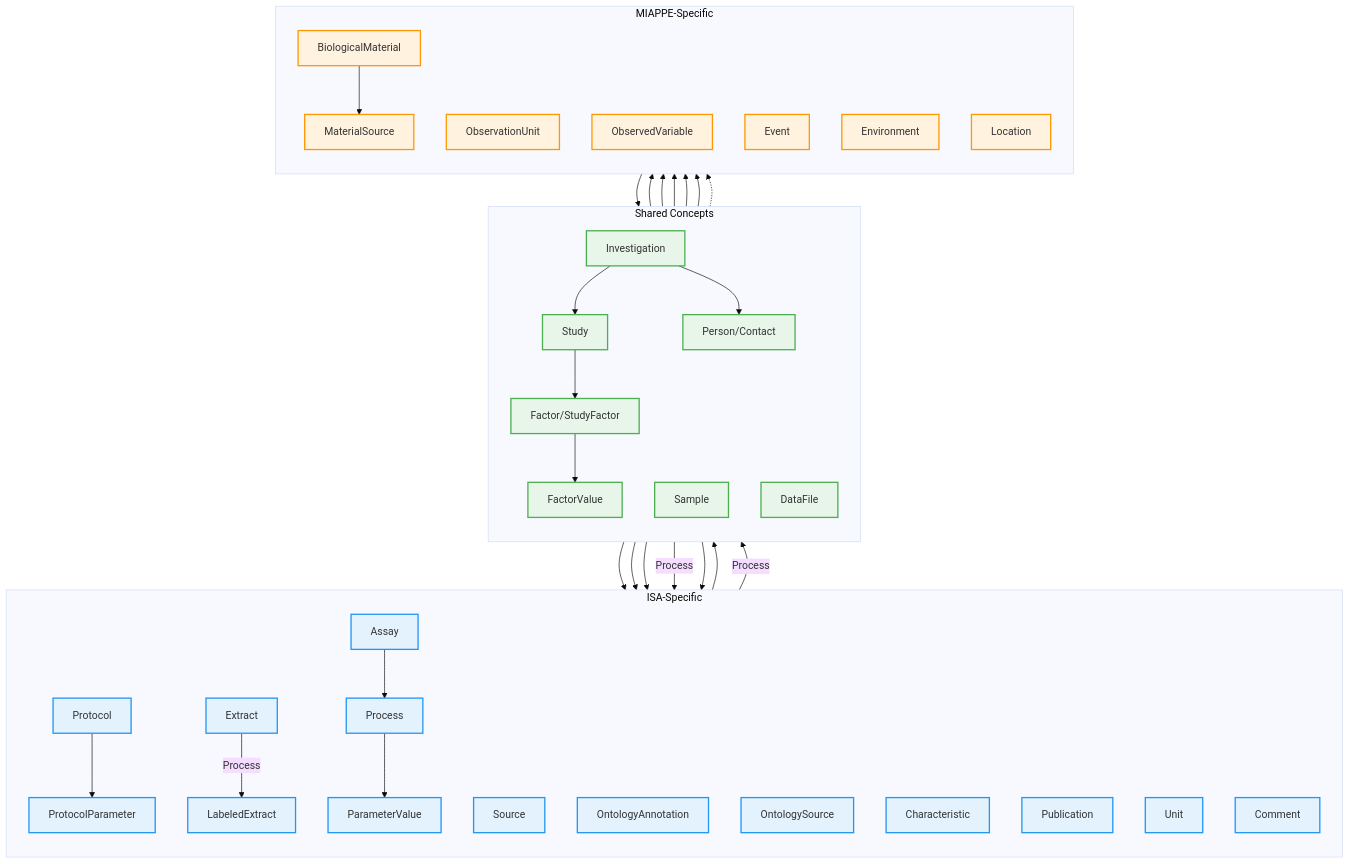
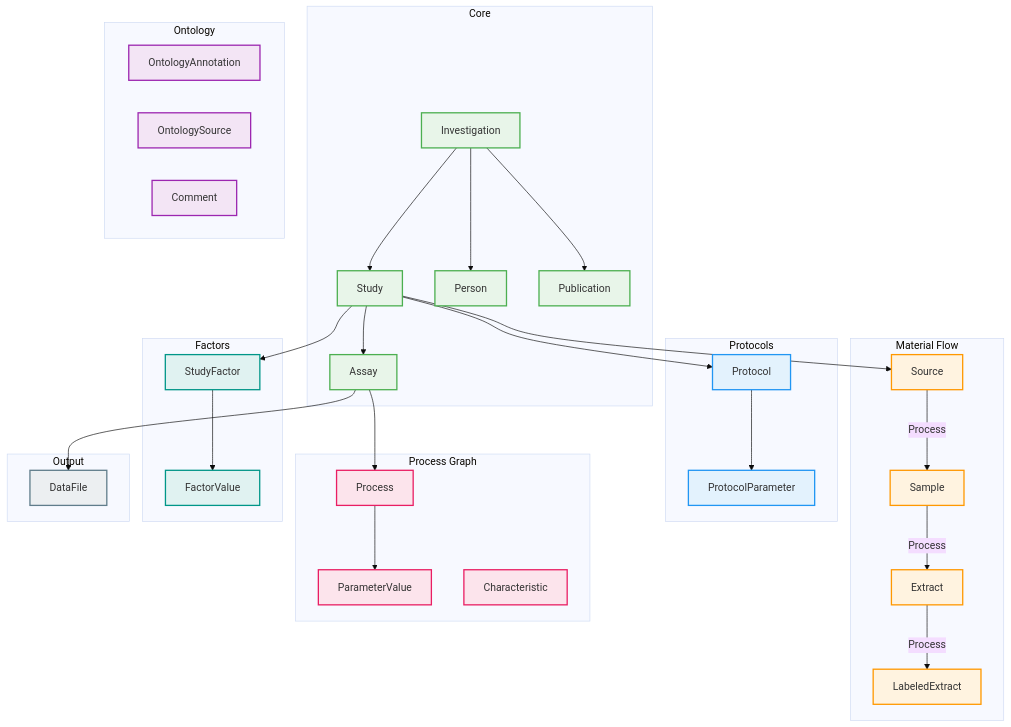
One commit to sorenwacker/metaseed changed the third of 6 diagrams in docs/architecture/diagrams.md. Above: the diagram before and after it, drawn with Mermaid (base theme). The commit also changed other lines of this file, not shown here.

Commit message:
Add complete diagrams for all profiles (MIAPPE, ISA, Combined v1/v2)

````diff
--- a/docs/architecture/diagrams.md
+++ b/docs/architecture/diagrams.md
@@ -32,80 +100,75 @@
 ```mermaid
 flowchart TB
-    subgraph shared["Shared Concepts"]
-        direction TB
+    subgraph core["Core"]
         INV[Investigation]
         STU[Study]
-        PER[Person/Contact]
+        ASS[Assay]
+        PER[Person]
+        PUB[Publication]
+    end
+
+    subgraph protocol["Protocols"]
+        PROT[Protocol]
+        PP[ProtocolParameter]
+    end
+
+    subgraph material["Material Flow"]
+        SRC[Source]
         SAM[Sample]
-        FAC[Factor/StudyFactor]
+        EXT[Extract]
+        LEXT[LabeledExtract]
+    end
+
+    subgraph process["Process Graph"]
+        PROC[Process]
+        PV[ParameterValue]
+        CHAR[Characteristic]
+    end
+
+    subgraph factors["Factors"]
+        SF[StudyFactor]
         FV[FactorValue]
+    end
+
+    subgraph ontology["Ontology"]
+        OA[OntologyAnnotation]
+        OS[OntologySource]
+        COM[Comment]
+    end
+
+    subgraph output["Output"]
         DF[DataFile]
     end
 
-    subgraph isa["ISA-Specific"]
-        direction TB
-        ASS[Assay]
-        PROT[Protocol]
-        PP[ProtocolParameter]
-        SRC[Source]
-        EXT[Extract]
-        LEXT[LabeledExtract]
-        PROC[Process]
-        OA[OntologyAnnotation]
-        OS[OntologySource]
-        CHAR[Characteristic]
-        PV[ParameterValue]
-        PUB_ISA[Publication]
-        UNIT[Unit]
-        COM[Comment]
-    end
-
-    subgraph miappe["MIAPPE-Specific"]
-        direction TB
-        BM[BiologicalMaterial]
-        OU[ObservationUnit]
-        OV[ObservedVariable]
-        EVT[Event]
-        ENV[Environment]
-        LOC[Location]
-        MS[MaterialSource]
-    end
-
-    %% Core hierarchy (both standards)
     INV --> STU
     INV --> PER
-    STU --> FAC
-    FAC --> FV
-
-    %% ISA relationships
+    INV --> PUB
     STU --> ASS
-    ASS --> DF
-    ASS --> PROC
     STU --> PROT
+    STU --> SRC
+    STU --> SF
     PROT --> PP
-    STU --> SRC
     SRC -->|Process| SAM
     SAM -->|Process| EXT
     EXT -->|Process| LEXT
+    ASS --> PROC
+    ASS --> DF
     PROC --> PV
-    INV --> PUB_ISA
+    SF --> FV
 
-    %% MIAPPE relationships
-    STU --> BM
-    STU --> OU
-    STU --> OV
-    STU --> EVT
-    STU --> ENV
-    OU --> SAM
-    BM --> MS
-    STU -.-> LOC
+    classDef core fill:#e8f5e9,stroke:#4caf50,stroke-width:2px
+    classDef prot fill:#e3f2fd,stroke:#2196f3,stroke-width:2px
+    classDef mat fill:#fff3e0,stroke:#ff9800,stroke-width:2px
+    classDef proc fill:#fce4ec,stroke:#e91e63,stroke-width:2px
+    classDef fac fill:#e0f2f1,stroke:#009688,stroke-width:2px
+    classDef ont fill:#f3e5f5,stroke:#9c27b0,stroke-width:2px
+    classDef out fill:#eceff1,stroke:#607d8b,stroke-width:2px
 
-    %% Styling
-    classDef shared fill:#e8f5e9,stroke:#4caf50,stroke-width:2px
-    classDef isa fill:#e3f2fd,stroke:#2196f3,stroke-width:2px
-    classDef miappe fill:#fff3e0,stroke:#ff9800,stroke-width:2px
-
-    class INV,STU,PER,SAM,FAC,FV,DF shared
-    class ASS,PROT,PP,SRC,EXT,LEXT,PROC,OA,OS,CHAR,PV,PUB_ISA,UNIT,COM isa
-    class BM,OU,OV,EVT,ENV,LOC,MS miappe
+    class INV,STU,ASS,PER,PUB core
+    class PROT,PP prot
+    class SRC,SAM,EXT,LEXT mat
+    class PROC,PV,CHAR proc
+    class SF,FV fac
+    class OA,OS,COM ont
+    class DF out
 ```
````
